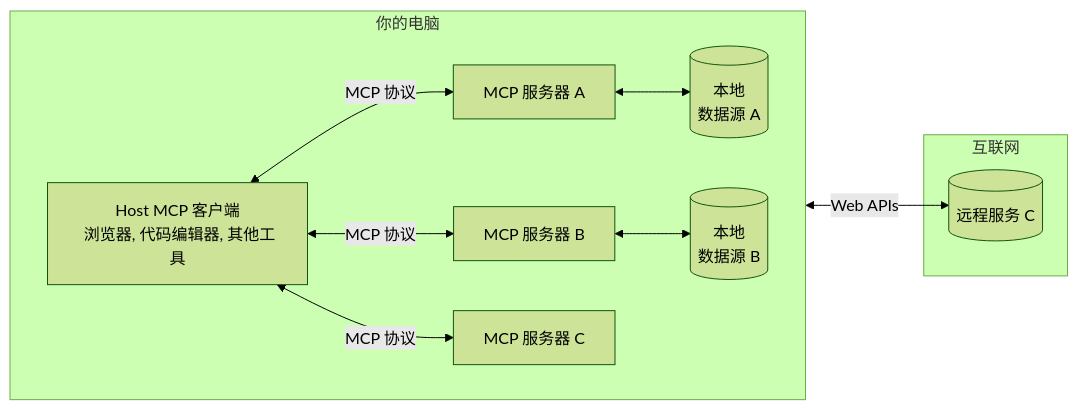
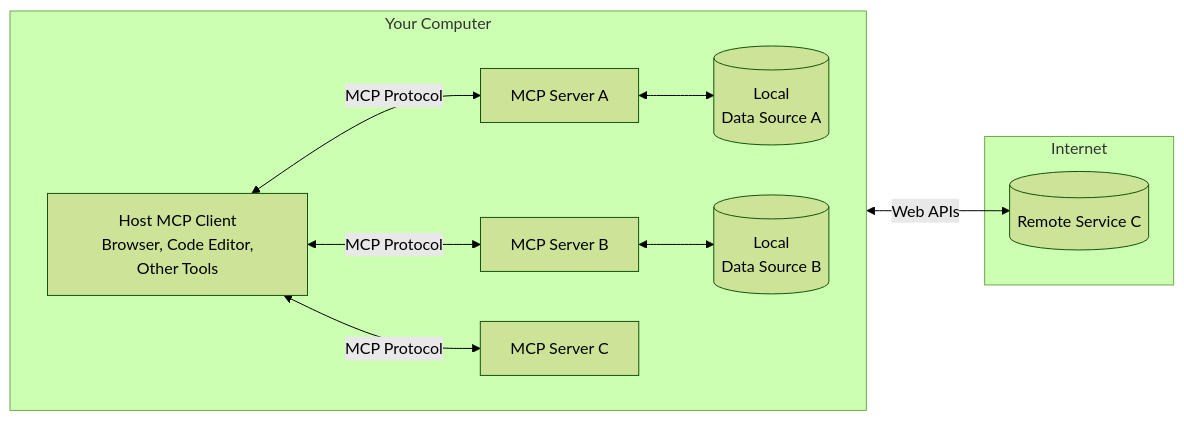
Before and after one commit to LSTM-Kirigaya/openmcp-document: the third of 5 diagrams in plugin-tutorial/what-is-mcp.md, drawn with Mermaid (forest theme). The commit also changed other lines of this file and 144 other files, not shown here.

````diff
--- a/plugin-tutorial/what-is-mcp.md
+++ b/plugin-tutorial/what-is-mcp.md
@@ -80,28 +72,31 @@
 ```mermaid
 graph LR
 
-host[Host MCP 客户端\n 浏览器, 代码编辑器, 其他工具]
+host[Host MCP Client
+ Browser, Code Editor, Other Tools]
 
-server_a[MCP 服务器 A]
-server_b[MCP 服务器 B]
-server_c[MCP 服务器 C]
+server_a[MCP Server A]
+server_b[MCP Server B]
+server_c[MCP Server C]
 
-db_a[(本地\n数据源 A)]
-db_b[(本地\n数据源 B)]
+db_a[(Local
+Data Source A)]
+db_b[(Local
+Data Source B)]
 
-remote[(远程服务 C)]
+remote[(Remote Service C)]
 
-subgraph 你的电脑
+subgraph Your Computer
 direction LR
-host <--MCP 协议--> server_a
-host <--MCP 协议--> server_b
-host <--MCP 协议--> server_c
+host <--MCP Protocol--> server_a
+host <--MCP Protocol--> server_b
+host <--MCP Protocol--> server_c
 server_a <--> db_a
 server_b <--> db_b
 end
 
 
-subgraph 互联网
+subgraph Internet
 server_c <--Web APIs--> remote
 end
 ```
````
